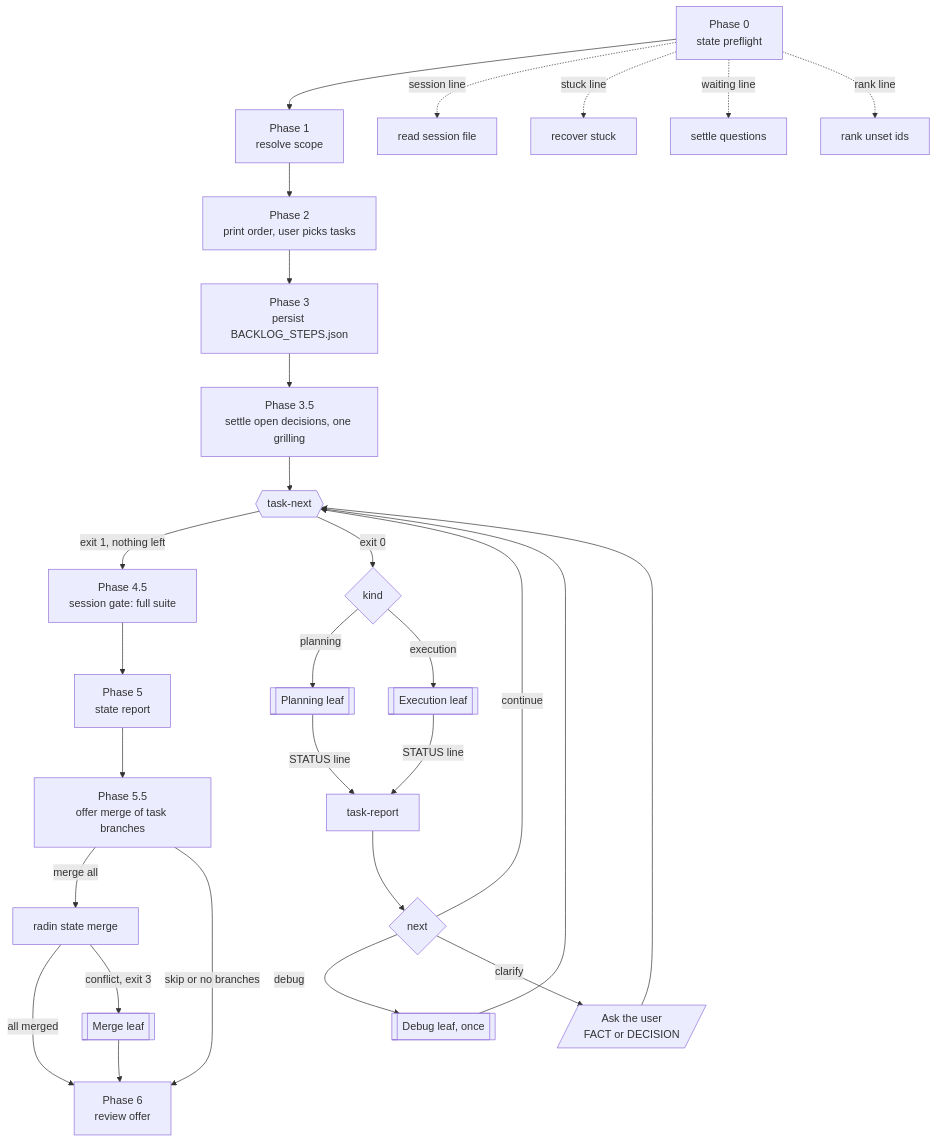
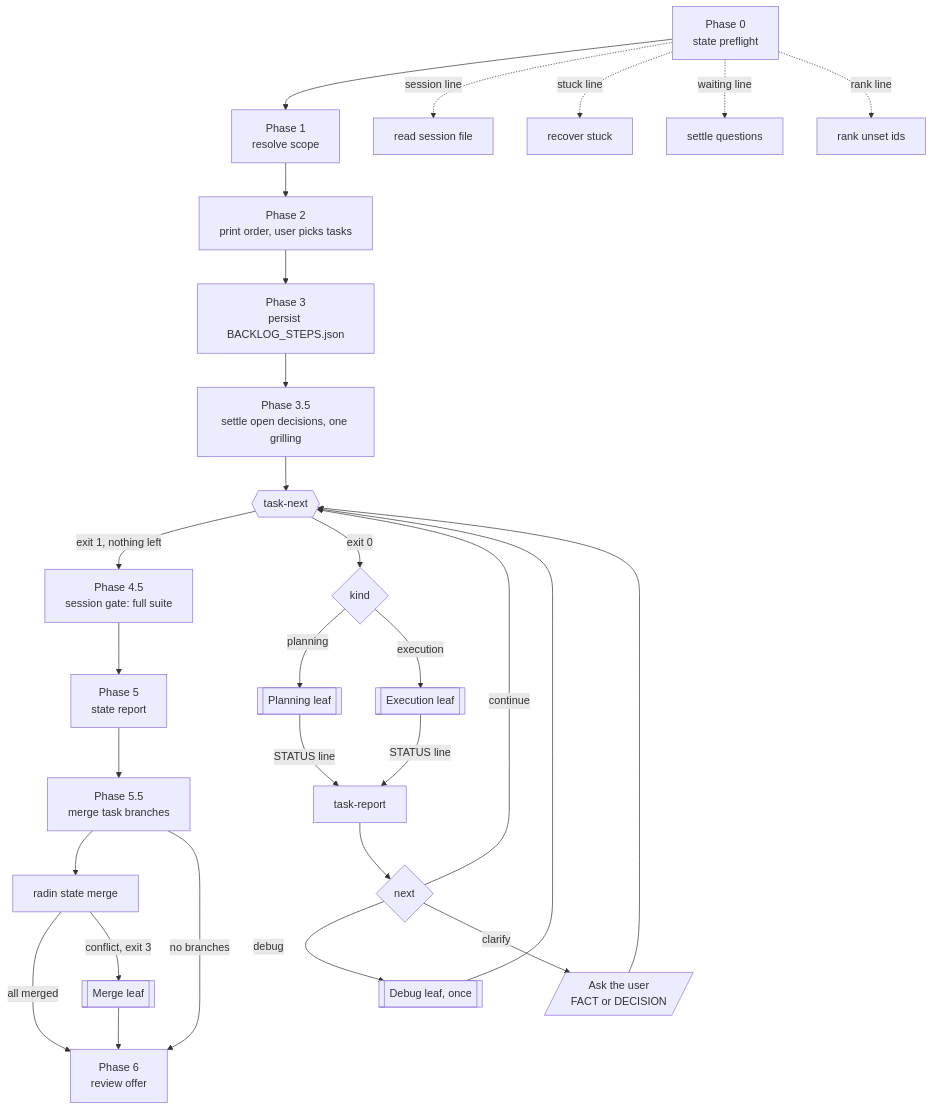
The diagram in docs/lifecycle/router-loop.mmd (shortcuts/radin), drawn with Mermaid before and after one commit. The commit also changed 5 other files, not shown here.

First line of the commit message:
feat(merge): merge session branches at Phase 5.5 without asking

```diff
--- a/docs/lifecycle/router-loop.mmd
+++ b/docs/lifecycle/router-loop.mmd
@@ -1,29 +1,29 @@
 flowchart TD
   p0[Phase 0<br/>state preflight] --> p1[Phase 1<br/>resolve scope]
   p0 -. session line .-> note1[read session file]
   p0 -. stuck line .-> note2[recover stuck]
   p0 -. waiting line .-> note3[settle questions]
   p0 -. rank line .-> note4[rank unset ids]
   p1 --> p2[Phase 2<br/>print order, user picks tasks]
   p2 --> p3[Phase 3<br/>persist BACKLOG_STEPS.json]
   p3 --> p35[Phase 3.5<br/>settle open decisions, one grilling]
   p35 --> next{{task-next}}
   next -- exit 1, nothing left --> p45[Phase 4.5<br/>session gate: full suite]
   next -- exit 0 --> kind{kind}
   kind -- planning --> leafP[[Planning leaf]]
   kind -- execution --> leafE[[Execution leaf]]
   leafE -- STATUS line --> report[task-report]
   leafP -- STATUS line --> report
   report --> route{next}
   route -- continue --> next
   route -- debug --> debug[[Debug leaf, once]]
   debug --> next
   route -- clarify --> user[/Ask the user<br/>FACT or DECISION/]
   user --> next
   p45 --> p5[Phase 5<br/>state report]
-  p5 --> p55[Phase 5.5<br/>offer merge of task branches]
-  p55 -- merge all --> mergeCli[radin state merge]
+  p5 --> p55[Phase 5.5<br/>merge task branches]
+  p55 --> mergeCli[radin state merge]
   mergeCli -- all merged --> p6
   mergeCli -- conflict, exit 3 --> leafM[[Merge leaf]]
-  p55 -- skip or no branches --> p6
+  p55 -- no branches --> p6
   leafM --> p6[Phase 6<br/>review offer]
```
